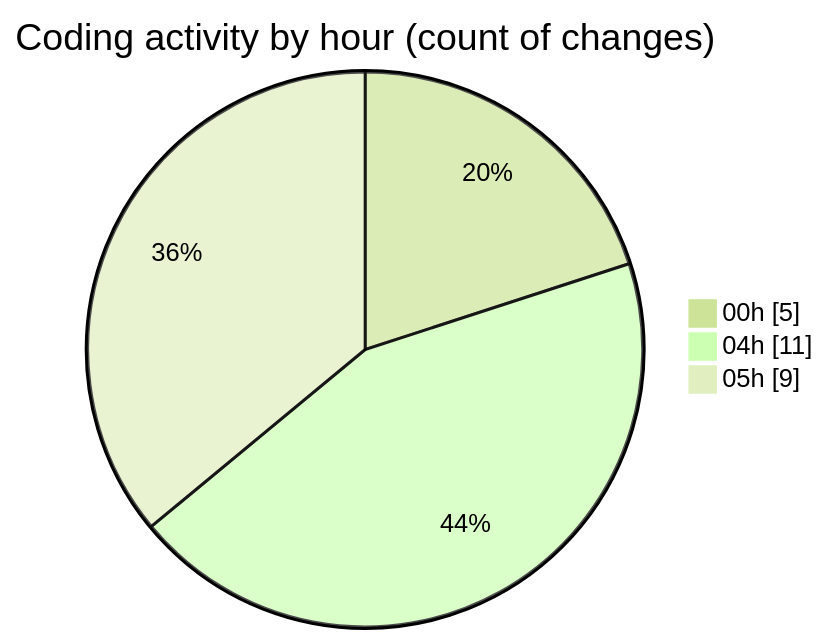
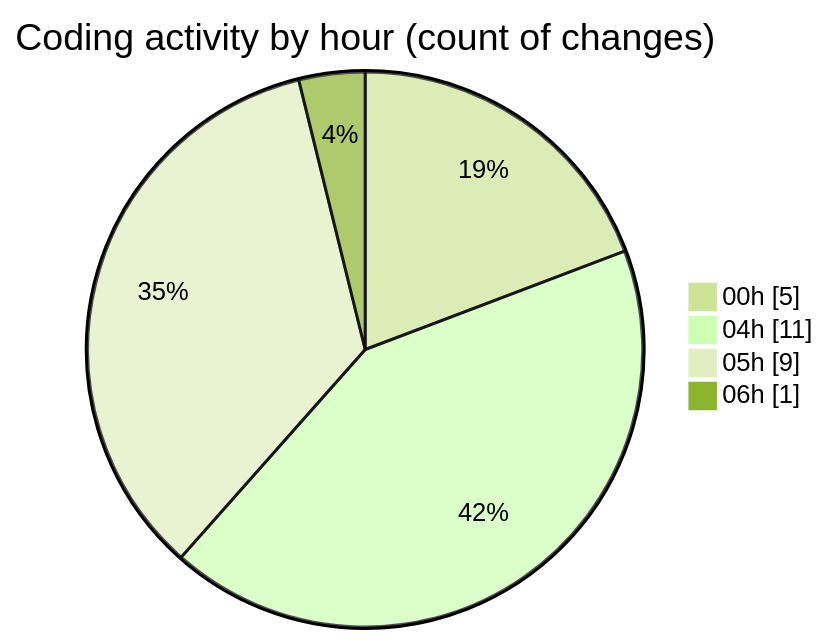
The second of 2 diagrams in 2025-03-28/autodidak/README.md (idhammustaqopulfikri/code-tracking), drawn with Mermaid (forest theme) before and after one commit. The commit also changed other lines of this file and 1 other file, not shown here.

````diff
--- a/2025-03-28/autodidak/README.md
+++ b/2025-03-28/autodidak/README.md
@@ -33,7 +34,8 @@
 ```mermaid
 pie showData
 title Coding activity by hour (count of changes)
 "00h" : 5
 "04h" : 11
 "05h" : 9
+"06h" : 1
 ```
````
